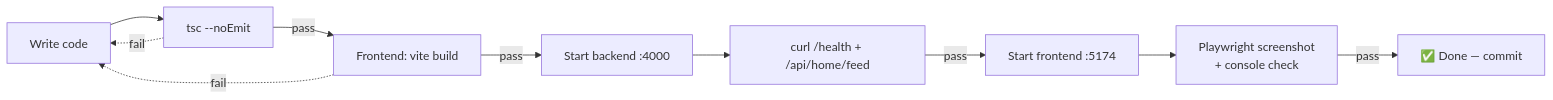
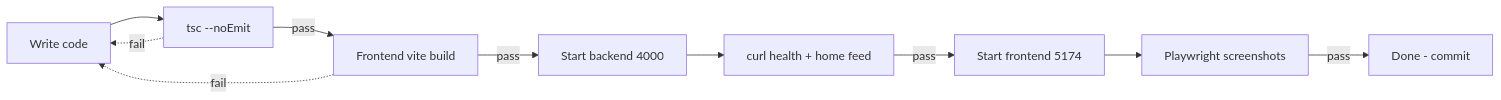
One commit to RajdeepDevelopment/zomato-clone changed the eighth of 8 diagrams in README.md. Above: the diagram before and after it, drawn with Mermaid. The commit also changed other lines of this file, not shown here.

Commit message:
docs: fix mermaid syntax for GitHub rendering + center screenshots

````diff
--- a/README.md
+++ b/README.md
@@ -422,12 +442,12 @@
 ```mermaid
 flowchart LR
     A[Write code] --> B[tsc --noEmit]
-    B -->|pass| C[Frontend: vite build]
-    C -->|pass| D[Start backend :4000]
-    D --> E[curl /health + /api/home/feed]
-    E -->|pass| F[Start frontend :5174]
-    F --> G[Playwright screenshot\n+ console check]
-    G -->|pass| H[✅ Done — commit]
+    B -->|pass| C[Frontend vite build]
+    C -->|pass| D[Start backend 4000]
+    D --> E[curl health + home feed]
+    E -->|pass| F[Start frontend 5174]
+    F --> G[Playwright screenshots]
+    G -->|pass| H[Done - commit]
     B -.->|fail| A
     C -.->|fail| A
 ```
````
